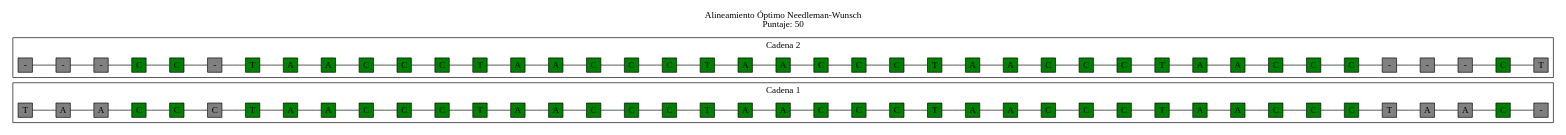
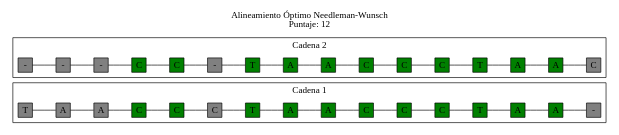
The diagram in alineamiento_resultado.dot (Ciel-gtz/Proyecto_Algoritmos_2025), drawn with Graphviz before and after one commit. The commit also changed 8 other files, not shown here.

```diff
--- a/alineamiento_resultado.dot
+++ b/alineamiento_resultado.dot
@@ -1,180 +1,80 @@
 digraph AlignmentResult {
   rankdir=LR; // Izquierda a Derecha
-  label = "Alineamiento Óptimo Needleman-Wunsch\nPuntaje: 50";
+  label = "Alineamiento Óptimo Needleman-Wunsch\nPuntaje: 12";
   labelloc = "t";
 
   subgraph cluster_C1 {
     label = "Cadena 1";
     rank = same;
     node [shape=box, style=filled, height=0.3, width=0.3, fixedsize=true];
     C1_0 [label="T", fillcolor=gray, group=g0];
     C1_1 [label="A", fillcolor=gray, group=g1];
     C1_0 -> C1_1 [dir=none];
     C1_2 [label="A", fillcolor=gray, group=g2];
     C1_1 -> C1_2 [dir=none];
     C1_3 [label="C", fillcolor=green, group=g3];
     C1_2 -> C1_3 [dir=none];
     C1_4 [label="C", fillcolor=green, group=g4];
     C1_3 -> C1_4 [dir=none];
     C1_5 [label="C", fillcolor=gray, group=g5];
     C1_4 -> C1_5 [dir=none];
     C1_6 [label="T", fillcolor=green, group=g6];
     C1_5 -> C1_6 [dir=none];
     C1_7 [label="A", fillcolor=green, group=g7];
     C1_6 -> C1_7 [dir=none];
     C1_8 [label="A", fillcolor=green, group=g8];
     C1_7 -> C1_8 [dir=none];
     C1_9 [label="C", fillcolor=green, group=g9];
     C1_8 -> C1_9 [dir=none];
     C1_10 [label="C", fillcolor=green, group=g10];
     C1_9 -> C1_10 [dir=none];
     C1_11 [label="C", fillcolor=green, group=g11];
     C1_10 -> C1_11 [dir=none];
     C1_12 [label="T", fillcolor=green, group=g12];
     C1_11 -> C1_12 [dir=none];
     C1_13 [label="A", fillcolor=green, group=g13];
     C1_12 -> C1_13 [dir=none];
     C1_14 [label="A", fillcolor=green, group=g14];
     C1_13 -> C1_14 [dir=none];
-    C1_15 [label="C", fillcolor=green, group=g15];
+    C1_15 [label="-", fillcolor=gray, group=g15];
     C1_14 -> C1_15 [dir=none];
-    C1_16 [label="C", fillcolor=green, group=g16];
-    C1_15 -> C1_16 [dir=none];
-    C1_17 [label="C", fillcolor=green, group=g17];
-    C1_16 -> C1_17 [dir=none];
-    C1_18 [label="T", fillcolor=green, group=g18];
-    C1_17 -> C1_18 [dir=none];
-    C1_19 [label="A", fillcolor=green, group=g19];
-    C1_18 -> C1_19 [dir=none];
-    C1_20 [label="A", fillcolor=green, group=g20];
-    C1_19 -> C1_20 [dir=none];
-    C1_21 [label="C", fillcolor=green, group=g21];
-    C1_20 -> C1_21 [dir=none];
-    C1_22 [label="C", fillcolor=green, group=g22];
-    C1_21 -> C1_22 [dir=none];
-    C1_23 [label="C", fillcolor=green, group=g23];
-    C1_22 -> C1_23 [dir=none];
-    C1_24 [label="T", fillcolor=green, group=g24];
-    C1_23 -> C1_24 [dir=none];
-    C1_25 [label="A", fillcolor=green, group=g25];
-    C1_24 -> C1_25 [dir=none];
-    C1_26 [label="A", fillcolor=green, group=g26];
-    C1_25 -> C1_26 [dir=none];
-    C1_27 [label="C", fillcolor=green, group=g27];
-    C1_26 -> C1_27 [dir=none];
-    C1_28 [label="C", fillcolor=green, group=g28];
-    C1_27 -> C1_28 [dir=none];
-    C1_29 [label="C", fillcolor=green, group=g29];
-    C1_28 -> C1_29 [dir=none];
-    C1_30 [label="T", fillcolor=green, group=g30];
-    C1_29 -> C1_30 [dir=none];
-    C1_31 [label="A", fillcolor=green, group=g31];
-    C1_30 -> C1_31 [dir=none];
-    C1_32 [label="A", fillcolor=green, group=g32];
-    C1_31 -> C1_32 [dir=none];
-    C1_33 [label="C", fillcolor=green, group=g33];
-    C1_32 -> C1_33 [dir=none];
-    C1_34 [label="C", fillcolor=green, group=g34];
-    C1_33 -> C1_34 [dir=none];
-    C1_35 [label="C", fillcolor=green, group=g35];
-    C1_34 -> C1_35 [dir=none];
-    C1_36 [label="T", fillcolor=gray, group=g36];
-    C1_35 -> C1_36 [dir=none];
-    C1_37 [label="A", fillcolor=gray, group=g37];
-    C1_36 -> C1_37 [dir=none];
-    C1_38 [label="A", fillcolor=gray, group=g38];
-    C1_37 -> C1_38 [dir=none];
-    C1_39 [label="C", fillcolor=green, group=g39];
-    C1_38 -> C1_39 [dir=none];
-    C1_40 [label="-", fillcolor=gray, group=g40];
-    C1_39 -> C1_40 [dir=none];
   }
 
   subgraph cluster_C2 {
     label = "Cadena 2";
     rank = same;
     node [shape=box, style=filled, height=0.3, width=0.3, fixedsize=true];
     C2_0 [label="-", fillcolor=gray, group=g0];
     C2_1 [label="-", fillcolor=gray, group=g1];
     C2_0 -> C2_1 [dir=none];
     C2_2 [label="-", fillcolor=gray, group=g2];
     C2_1 -> C2_2 [dir=none];
     C2_3 [label="C", fillcolor=green, group=g3];
     C2_2 -> C2_3 [dir=none];
     C2_4 [label="C", fillcolor=green, group=g4];
     C2_3 -> C2_4 [dir=none];
     C2_5 [label="-", fillcolor=gray, group=g5];
     C2_4 -> C2_5 [dir=none];
     C2_6 [label="T", fillcolor=green, group=g6];
     C2_5 -> C2_6 [dir=none];
     C2_7 [label="A", fillcolor=green, group=g7];
     C2_6 -> C2_7 [dir=none];
     C2_8 [label="A", fillcolor=green, group=g8];
     C2_7 -> C2_8 [dir=none];
     C2_9 [label="C", fillcolor=green, group=g9];
     C2_8 -> C2_9 [dir=none];
     C2_10 [label="C", fillcolor=green, group=g10];
     C2_9 -> C2_10 [dir=none];
     C2_11 [label="C", fillcolor=green, group=g11];
     C2_10 -> C2_11 [dir=none];
     C2_12 [label="T", fillcolor=green, group=g12];
     C2_11 -> C2_12 [dir=none];
     C2_13 [label="A", fillcolor=green, group=g13];
     C2_12 -> C2_13 [dir=none];
     C2_14 [label="A", fillcolor=green, group=g14];
     C2_13 -> C2_14 [dir=none];
-    C2_15 [label="C", fillcolor=green, group=g15];
+    C2_15 [label="C", fillcolor=gray, group=g15];
     C2_14 -> C2_15 [dir=none];
-    C2_16 [label="C", fillcolor=green, group=g16];
-    C2_15 -> C2_16 [dir=none];
-    C2_17 [label="C", fillcolor=green, group=g17];
-    C2_16 -> C2_17 [dir=none];
-    C2_18 [label="T", fillcolor=green, group=g18];
-    C2_17 -> C2_18 [dir=none];
-    C2_19 [label="A", fillcolor=green, group=g19];
-    C2_18 -> C2_19 [dir=none];
-    C2_20 [label="A", fillcolor=green, group=g20];
-    C2_19 -> C2_20 [dir=none];
-    C2_21 [label="C", fillcolor=green, group=g21];
-    C2_20 -> C2_21 [dir=none];
-    C2_22 [label="C", fillcolor=green, group=g22];
-    C2_21 -> C2_22 [dir=none];
-    C2_23 [label="C", fillcolor=green, group=g23];
-    C2_22 -> C2_23 [dir=none];
-    C2_24 [label="T", fillcolor=green, group=g24];
-    C2_23 -> C2_24 [dir=none];
-    C2_25 [label="A", fillcolor=green, group=g25];
-    C2_24 -> C2_25 [dir=none];
-    C2_26 [label="A", fillcolor=green, group=g26];
-    C2_25 -> C2_26 [dir=none];
-    C2_27 [label="C", fillcolor=green, group=g27];
-    C2_26 -> C2_27 [dir=none];
-    C2_28 [label="C", fillcolor=green, group=g28];
-    C2_27 -> C2_28 [dir=none];
-    C2_29 [label="C", fillcolor=green, group=g29];
-    C2_28 -> C2_29 [dir=none];
-    C2_30 [label="T", fillcolor=green, group=g30];
-    C2_29 -> C2_30 [dir=none];
-    C2_31 [label="A", fillcolor=green, group=g31];
-    C2_30 -> C2_31 [dir=none];
-    C2_32 [label="A", fillcolor=green, group=g32];
-    C2_31 -> C2_32 [dir=none];
-    C2_33 [label="C", fillcolor=green, group=g33];
-    C2_32 -> C2_33 [dir=none];
-    C2_34 [label="C", fillcolor=green, group=g34];
-    C2_33 -> C2_34 [dir=none];
-    C2_35 [label="C", fillcolor=green, group=g35];
-    C2_34 -> C2_35 [dir=none];
-    C2_36 [label="-", fillcolor=gray, group=g36];
-    C2_35 -> C2_36 [dir=none];
-    C2_37 [label="-", fillcolor=gray, group=g37];
-    C2_36 -> C2_37 [dir=none];
-    C2_38 [label="-", fillcolor=gray, group=g38];
-    C2_37 -> C2_38 [dir=none];
-    C2_39 [label="C", fillcolor=green, group=g39];
-    C2_38 -> C2_39 [dir=none];
-    C2_40 [label="T", fillcolor=gray, group=g40];
-    C2_39 -> C2_40 [dir=none];
   }
 
 }
```
